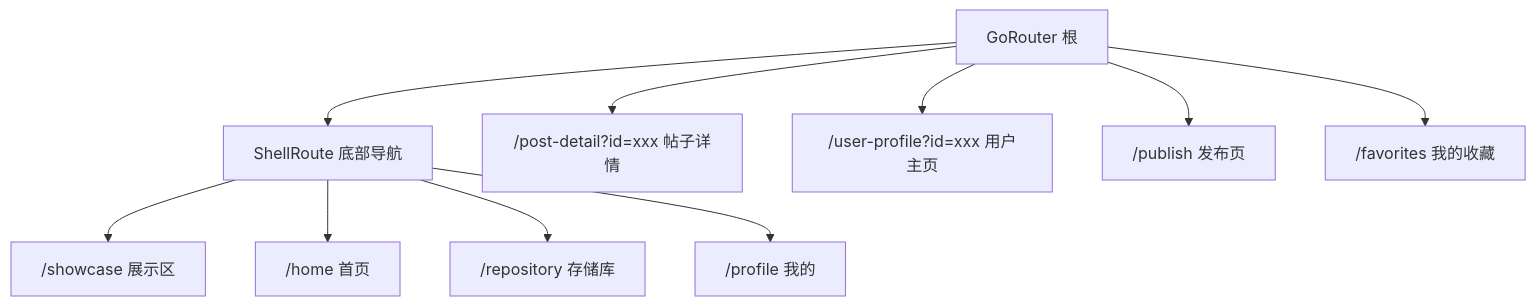
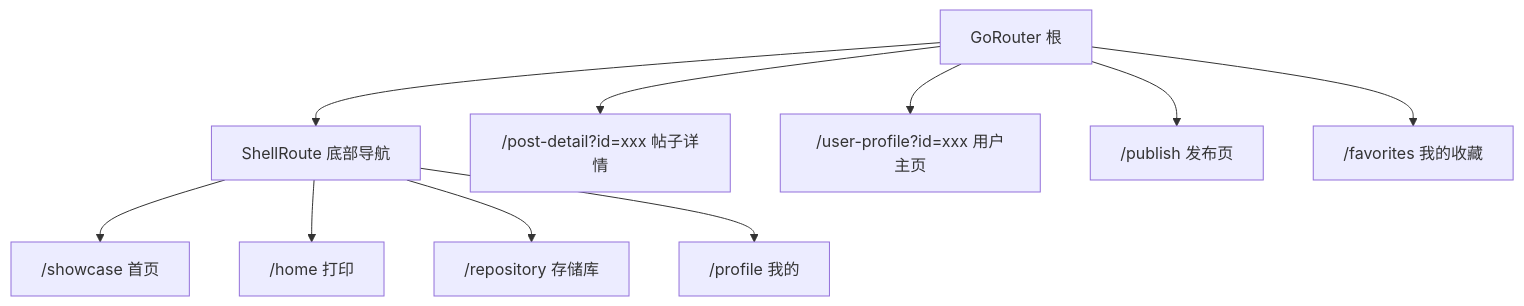
Before and after one commit to penglinghuo-alt/Bi_Sheng_Glimmer: the third of 3 diagrams in .monkeycode/specs/community-showcase/design.md, drawn with Mermaid. The commit also changed other lines of this file and 12 other files, not shown here.

````diff
--- a/.monkeycode/specs/community-showcase/design.md
+++ b/.monkeycode/specs/community-showcase/design.md
@@ -58,12 +58,12 @@
 ```mermaid
 graph TD
     Root["GoRouter 根"] --> Shell["ShellRoute 底部导航"]
-    Shell --> Showcase["/showcase 展示区"]
-    Shell --> Home["/home 首页"]
+    Shell --> Showcase["/showcase 首页"]
+    Shell --> Home["/home 打印"]
     Shell --> Repo["/repository 存储库"]
     Shell --> Profile["/profile 我的"]
     Root --> PostDetail["/post-detail?id=xxx 帖子详情"]
     Root --> UserProfile["/user-profile?id=xxx 用户主页"]
     Root --> Publish["/publish 发布页"]
     Root --> Favorites["/favorites 我的收藏"]
 ```
````
